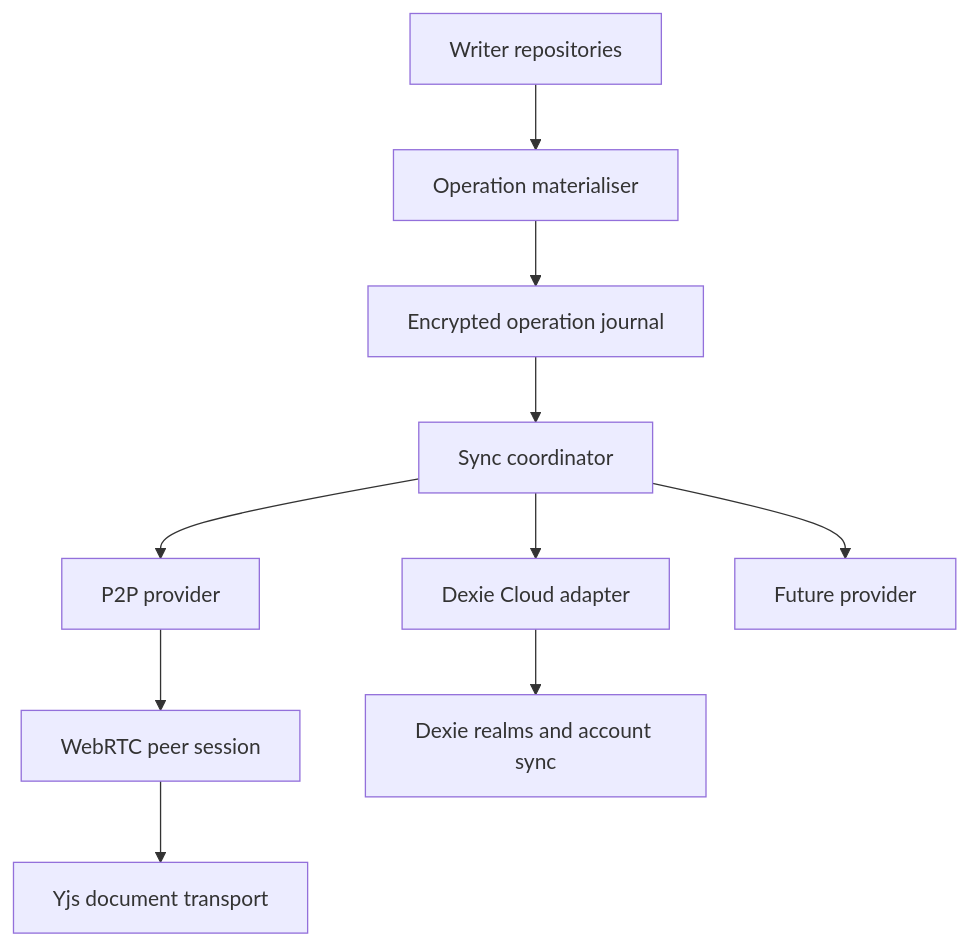
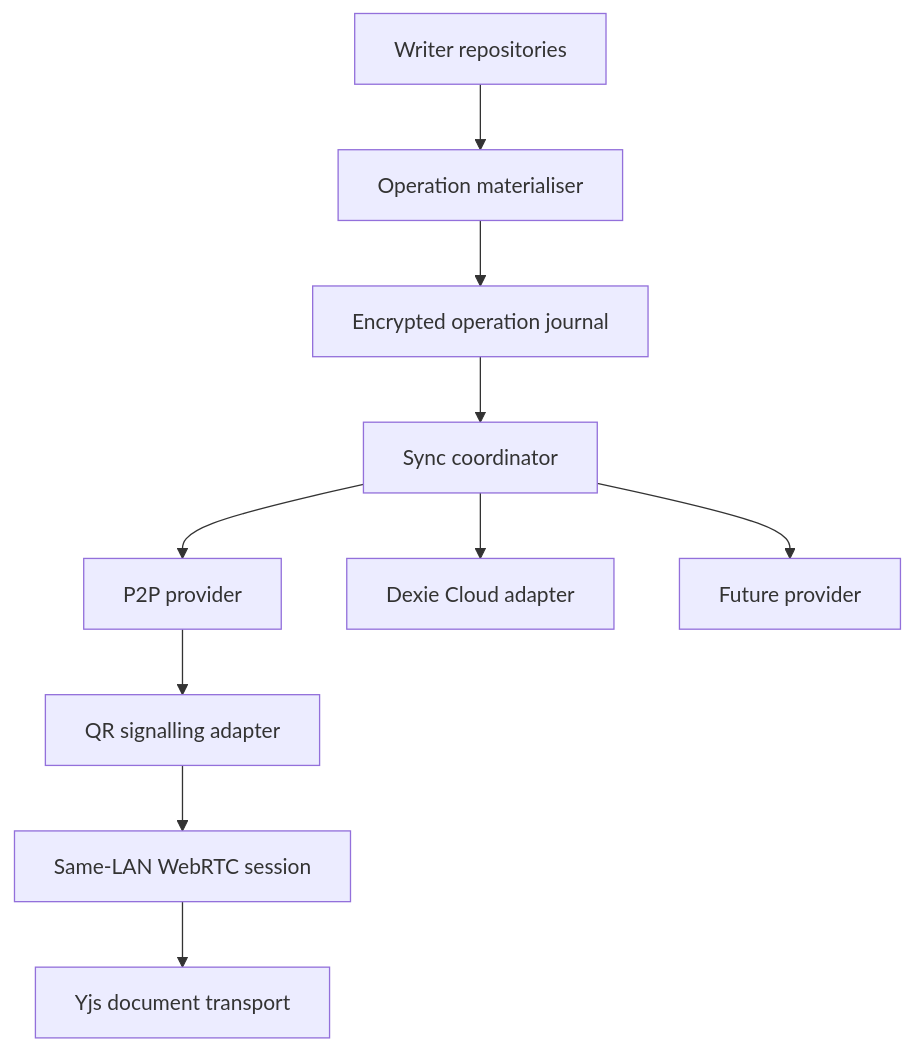
Before and after one commit to DopaMindLabs/writer: the diagram in docs/writer-sync-foundation-p2p-runbook.md, drawn with Mermaid. The commit also changed other lines of this file, not shown here.

Commit message:
docs(sync): clarify serverless P2P rollout

````diff
--- a/docs/writer-sync-foundation-p2p-runbook.md
+++ b/docs/writer-sync-foundation-p2p-runbook.md
@@ -185,12 +222,12 @@
 ```mermaid
 flowchart TD
     A["Writer repositories"] --> B["Operation materialiser"]
     B --> C["Encrypted operation journal"]
     C --> D["Sync coordinator"]
     D --> E["P2P provider"]
     D --> F["Dexie Cloud adapter"]
     D --> G["Future provider"]
-    E --> H["WebRTC peer session"]
-    H --> I["Yjs document transport"]
-    F --> J["Dexie realms and account sync"]
+    E --> H["QR signalling adapter"]
+    H --> I["Same-LAN WebRTC session"]
+    I --> J["Yjs document transport"]
 ```
````
